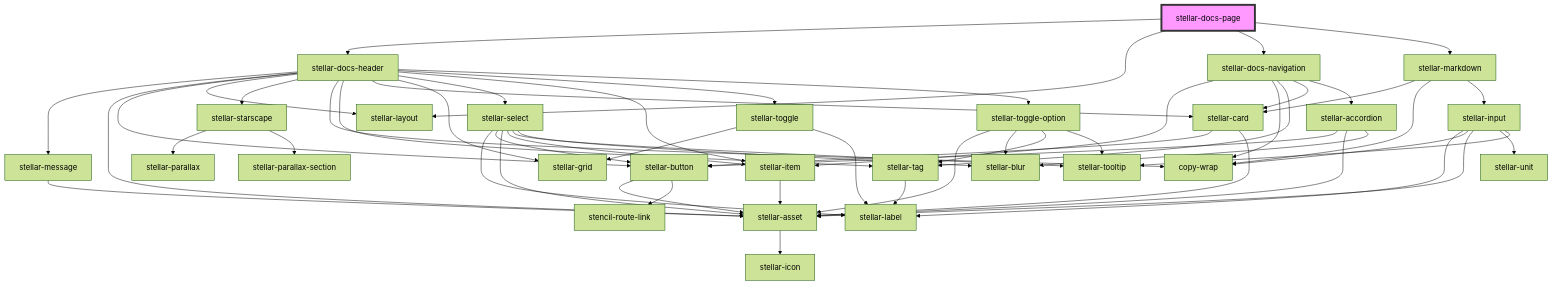
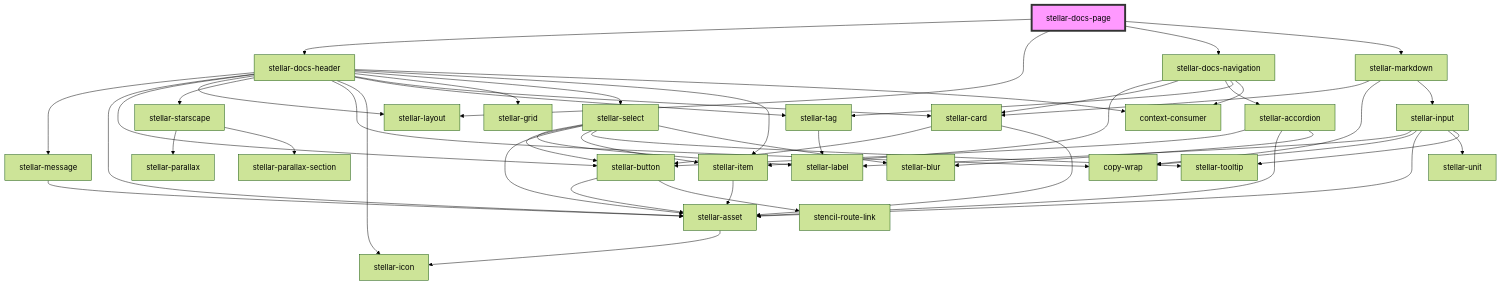
Before and after one commit to splitinfinities/Stellar: the diagram in src/components/docs/page/readme.md, drawn with Mermaid (forest theme). The commit also changed 13 other files, not shown here.

````diff
--- a/src/components/docs/page/readme.md
+++ b/src/components/docs/page/readme.md
@@ -25,59 +25,53 @@
 ```mermaid
 graph TD;
   stellar-docs-page --> stellar-docs-header
   stellar-docs-page --> stellar-layout
   stellar-docs-page --> stellar-docs-navigation
   stellar-docs-page --> stellar-markdown
   stellar-docs-header --> stellar-message
   stellar-docs-header --> stellar-asset
   stellar-docs-header --> stellar-button
   stellar-docs-header --> stellar-layout
   stellar-docs-header --> stellar-starscape
   stellar-docs-header --> copy-wrap
+  stellar-docs-header --> stellar-icon
   stellar-docs-header --> stellar-tag
   stellar-docs-header --> stellar-card
   stellar-docs-header --> stellar-grid
   stellar-docs-header --> stellar-select
   stellar-docs-header --> stellar-item
-  stellar-docs-header --> stellar-toggle
-  stellar-docs-header --> stellar-toggle-option
+  stellar-docs-header --> context-consumer
   stellar-message --> stellar-asset
   stellar-asset --> stellar-icon
   stellar-button --> stellar-asset
   stellar-button --> stencil-route-link
   stellar-starscape --> stellar-parallax
   stellar-starscape --> stellar-parallax-section
   stellar-tag --> stellar-label
   stellar-card --> stellar-button
   stellar-card --> stellar-asset
   stellar-select --> stellar-label
   stellar-select --> stellar-button
   stellar-select --> stellar-asset
   stellar-select --> stellar-item
   stellar-select --> stellar-tooltip
   stellar-select --> stellar-blur
   stellar-item --> stellar-asset
-  stellar-toggle --> stellar-grid
-  stellar-toggle --> stellar-label
-  stellar-toggle-option --> stellar-asset
-  stellar-toggle-option --> stellar-blur
-  stellar-toggle-option --> stellar-tag
-  stellar-toggle-option --> stellar-tooltip
   stellar-docs-navigation --> stellar-item
-  stellar-docs-navigation --> copy-wrap
-  stellar-docs-navigation --> stellar-tag
   stellar-docs-navigation --> stellar-card
   stellar-docs-navigation --> stellar-accordion
+  stellar-docs-navigation --> stellar-tag
+  stellar-docs-navigation --> context-consumer
   stellar-accordion --> stellar-button
   stellar-accordion --> stellar-asset
   stellar-accordion --> stellar-blur
   stellar-markdown --> stellar-card
   stellar-markdown --> copy-wrap
   stellar-markdown --> stellar-input
   stellar-input --> stellar-label
   stellar-input --> copy-wrap
   stellar-input --> stellar-asset
   stellar-input --> stellar-unit
   stellar-input --> stellar-tooltip
   style stellar-docs-page fill:#f9f,stroke:#333,stroke-width:4px
 ```
````
